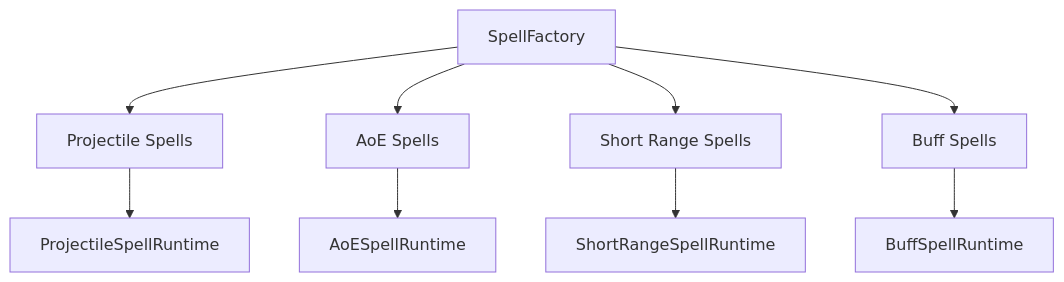
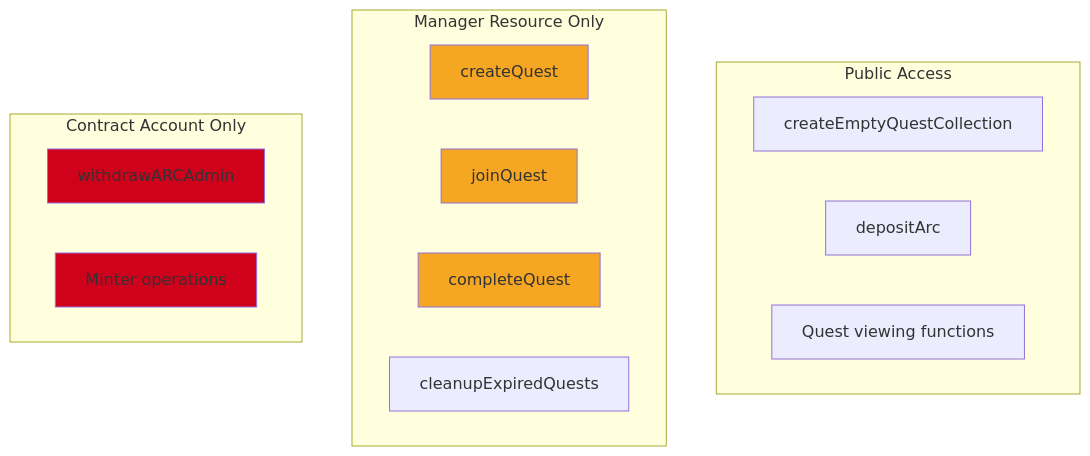
One commit to ArcaneStdio/Chains-Of-Eternity changed the tenth of 23 diagrams in README.md. Above: the diagram before and after it, drawn with Mermaid. The commit also changed other lines of this file, not shown here.

````diff
--- a/README.md
+++ b/README.md
@@ -239,12 +551,26 @@
 ```mermaid
 graph TD
-    A[SpellFactory] --> B[Projectile Spells]
-    A --> C[AoE Spells]
-    A --> D[Short Range Spells]
-    A --> E[Buff Spells]
+    subgraph "Public Access"
+        A[createEmptyQuestCollection]
+        B[depositArc]
+        C[Quest viewing functions]
+    end
     
-    B --> F[ProjectileSpellRuntime]
-    C --> G[AoESpellRuntime]
-    D --> H[ShortRangeSpellRuntime]
-    E --> I[BuffSpellRuntime]
+    subgraph "Manager Resource Only"
+        D[createQuest]
+        E[joinQuest]
+        F[completeQuest]
+        G[cleanupExpiredQuests]
+    end
+    
+    subgraph "Contract Account Only"
+        H[withdrawARCAdmin]
+        I[Minter operations]
+    end
+    
+    style D fill:#F5A623
+    style E fill:#F5A623
+    style F fill:#F5A623
+    style H fill:#D0021B
+    style I fill:#D0021B
 ```
````
